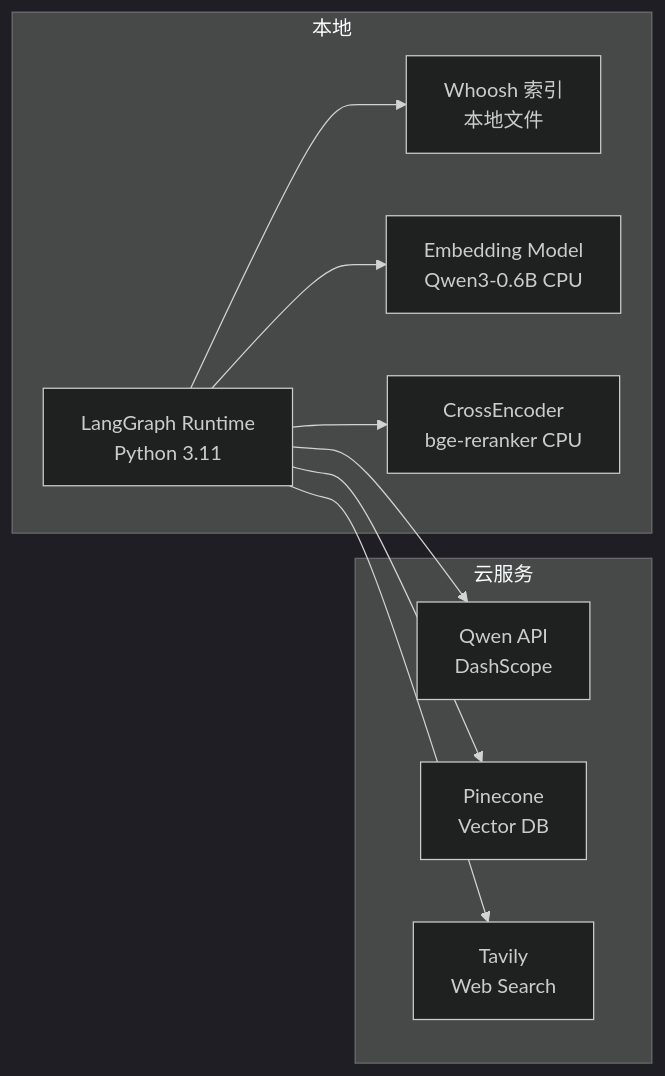
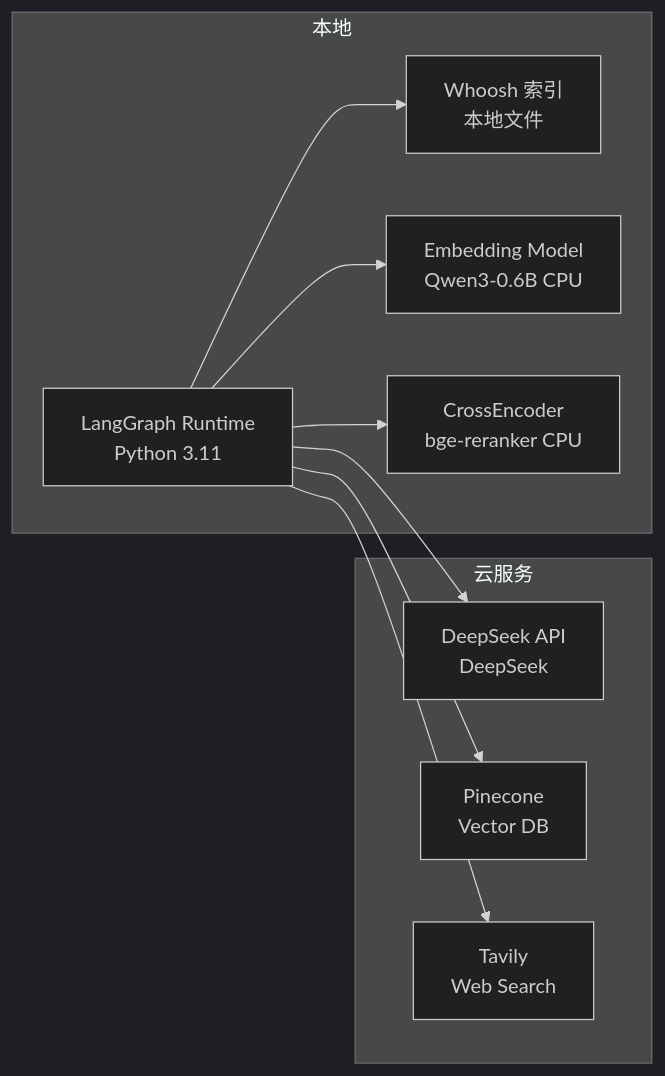
Before and after one commit to AKArrok/AniGraph: the second of 5 diagrams in .trae/documents/project-summary.md, drawn with Mermaid (dark theme). The commit also changed other lines of this file and 11 other files, not shown here.

````diff
--- a/.trae/documents/project-summary.md
+++ b/.trae/documents/project-summary.md
@@ -124,22 +124,22 @@
 ```mermaid
 graph LR
     subgraph 本地
         L[LangGraph Runtime<br/>Python 3.11]
         W[Whoosh 索引<br/>本地文件]
         E[Embedding Model<br/>Qwen3-0.6B CPU]
         R[CrossEncoder<br/>bge-reranker CPU]
     end
 
     subgraph 云服务
-        D[Qwen API<br/>DashScope]
+        D[DeepSeek API<br/>DeepSeek]
         P[Pinecone<br/>Vector DB]
         T[Tavily<br/>Web Search]
     end
 
     L --> D
     L --> P
     L --> T
     L --> W
     L --> E
     L --> R
 ```
````
